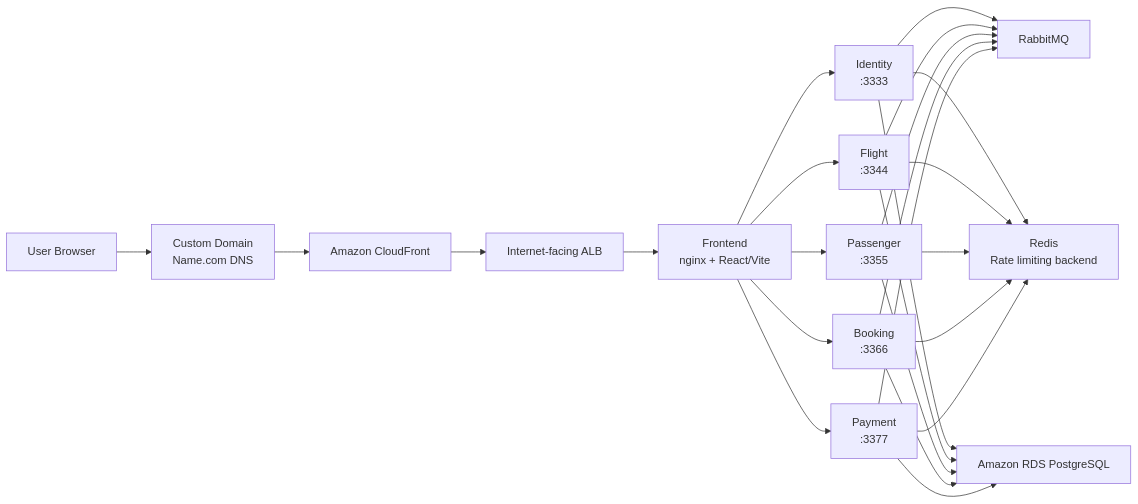
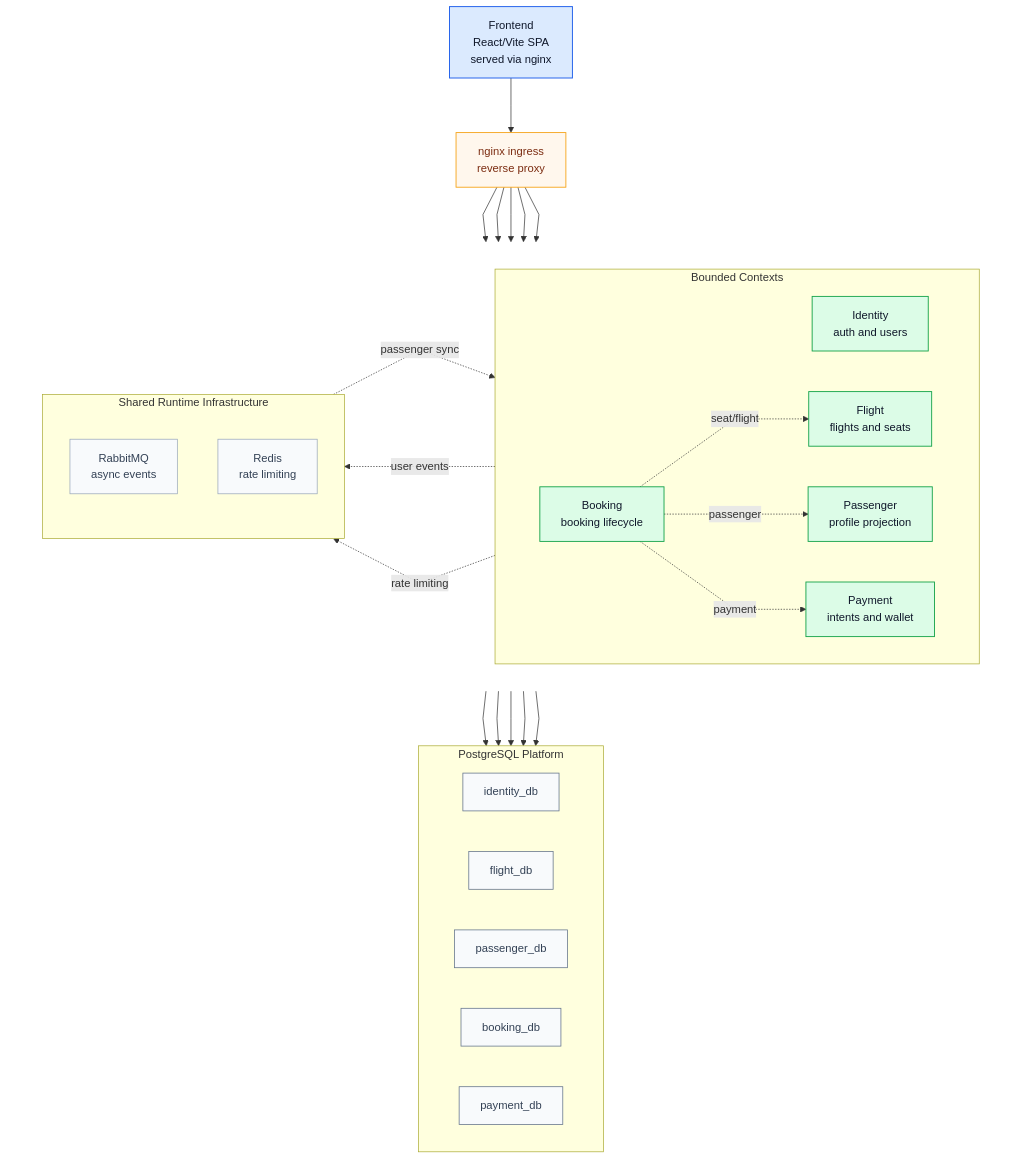
Before and after one commit to phucttg/travel_booking_microservice: the diagram in README.md, drawn with Mermaid. The commit also changed other lines of this file and 18 other files, not shown here.

Commit message:
docs: align architecture docs with current runtime behavior

````diff
--- a/README.md
+++ b/README.md
@@ -43,31 +116,70 @@
 ```mermaid
-flowchart LR
-    U["User Browser"] --> DNS["Custom Domain<br/>Name.com DNS"]
-    DNS --> CF["Amazon CloudFront"]
-    CF --> ALB["Internet-facing ALB"]
-    ALB --> FE["Frontend<br/>nginx + React/Vite"]
+%%{init: {'flowchart': {'curve': 'linear', 'nodeSpacing': 58, 'rankSpacing': 78}}}%%
+flowchart TB
+    FE["Frontend<br/>React/Vite SPA<br/>served via nginx"]
+    ING["nginx ingress<br/>reverse proxy"]
 
-    FE --> ID["Identity<br/>:3333"]
-    FE --> FL["Flight<br/>:3344"]
-    FE --> PA["Passenger<br/>:3355"]
-    FE --> BO["Booking<br/>:3366"]
-    FE --> PY["Payment<br/>:3377"]
+    subgraph LAYOUT[" "]
+        direction LR
 
-    ID --> MQ["RabbitMQ"]
-    FL --> MQ
-    PA --> MQ
-    BO --> MQ
-    PY --> MQ
+        subgraph BC["Bounded Contexts"]
+            direction LR
+            ID["Identity<br/>auth and users"]
+            FL["Flight<br/>flights and seats"]
+            PA["Passenger<br/>profile projection"]
+            BO["Booking<br/>booking lifecycle"]
+            PY["Payment<br/>intents and wallet"]
+        end
 
-    ID --> RD["Redis<br/>Rate limiting backend"]
-    FL --> RD
-    PA --> RD
-    BO --> RD
-    PY --> RD
+        subgraph INFRA["Shared Runtime Infrastructure"]
+            direction TB
+            MQ["RabbitMQ<br/>async events"]
+            RD["Redis<br/>rate limiting"]
+        end
+    end
 
-    ID --> DB["Amazon RDS PostgreSQL"]
-    FL --> DB
-    PA --> DB
-    BO --> DB
-    PY --> DB
+    subgraph DATA["PostgreSQL Platform"]
+        direction LR
+        IDDB["identity_db"]
+        FLDB["flight_db"]
+        PADB["passenger_db"]
+        BODB["booking_db"]
+        PYDB["payment_db"]
+    end
+
+    FE --> ING
+
+    ING --> ID
+    ING --> FL
+    ING --> PA
+    ING --> BO
+    ING --> PY
+
+    ID --> IDDB
+    FL --> FLDB
+    PA --> PADB
+    BO --> BODB
+    PY --> PYDB
+
+    ID -. user events .-> MQ
+    MQ -. passenger sync .-> PA
+
+    BO -. seat/flight .-> FL
+    BO -. passenger .-> PA
+    BO -. payment .-> PY
+    BO -. rate limiting .-> RD
+
+    classDef frontend fill:#DBEAFE,stroke:#2563EB,stroke-width:1.4px,color:#0F172A;
+    classDef access fill:#FFF7ED,stroke:#F59E0B,stroke-width:1.2px,color:#7C2D12;
+    classDef service fill:#DCFCE7,stroke:#16A34A,stroke-width:1.3px,color:#0F172A;
+    classDef data fill:#F8FAFC,stroke:#64748B,stroke-width:1.1px,color:#334155;
+    classDef infra fill:#F8FAFC,stroke:#94A3B8,stroke-width:1px,color:#334155;
+
+    class FE frontend;
+    class ING access;
+    class ID,FL,PA,BO,PY service;
+    class IDDB,FLDB,PADB,BODB,PYDB data;
+    class MQ,RD infra;
+
+    style LAYOUT fill:transparent,stroke:transparent;
 ```
````
